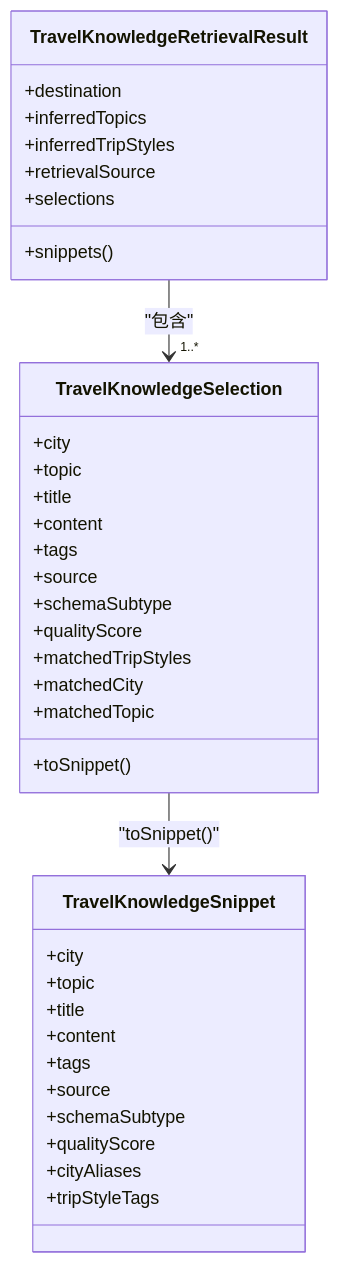
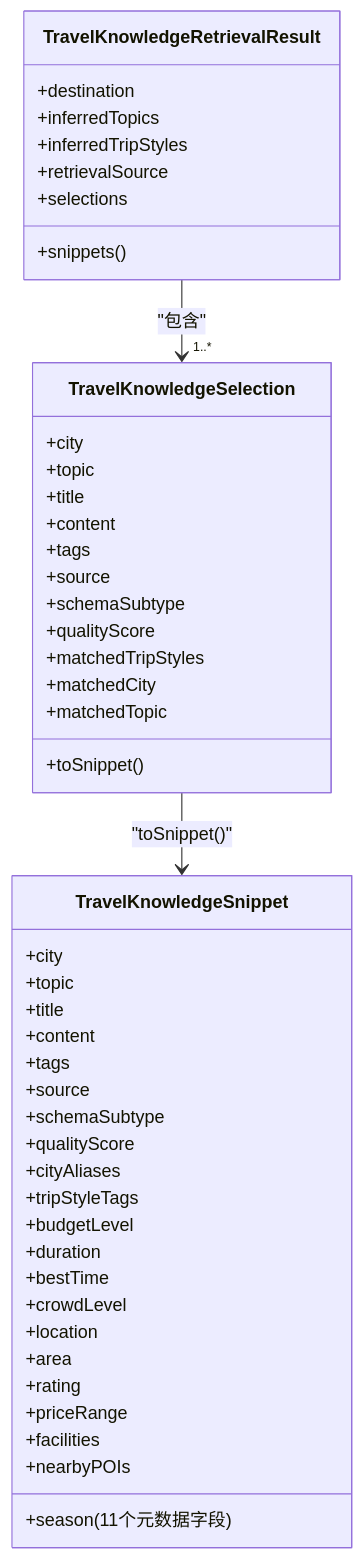
Before and after one commit to Sinlair/TravelAgent: the third of 9 diagrams in .qoder/repowiki/zh/content/知识管理系统/RAG实现细节.md, drawn with Mermaid. The commit also changed other lines of this file and 53 other files, not shown here.

````diff
--- a/.qoder/repowiki/zh/content/知识管理系统/RAG实现细节.md
+++ b/.qoder/repowiki/zh/content/知识管理系统/RAG实现细节.md
@@ -151,39 +185,50 @@
 ```mermaid
 classDiagram
-class TravelKnowledgeRetrievalResult {
-+destination
-+inferredTopics
-+inferredTripStyles
-+retrievalSource
-+selections
-+snippets()
+class TravelKnowledgeSnippet {
++city
++topic
++title
++content
++tags
++source
++schemaSubtype
++qualityScore
++cityAliases
++tripStyleTags
++season(11个元数据字段)
++budgetLevel
++duration
++bestTime
++crowdLevel
++location
++area
++rating
++priceRange
++facilities
++nearbyPOIs
 }
 class TravelKnowledgeSelection {
 +city
 +topic
 +title
 +content
 +tags
 +source
 +schemaSubtype
 +qualityScore
 +matchedTripStyles
 +matchedCity
 +matchedTopic
 +toSnippet()
 }
-class TravelKnowledgeSnippet {
-+city
-+topic
-+title
-+content
-+tags
-+source
-+schemaSubtype
-+qualityScore
-+cityAliases
-+tripStyleTags
+class TravelKnowledgeRetrievalResult {
++destination
++inferredTopics
++inferredTripStyles
++retrievalSource
++selections
++snippets()
 }
 TravelKnowledgeRetrievalResult --> "1..*" TravelKnowledgeSelection : "包含"
 TravelKnowledgeSelection --> TravelKnowledgeSnippet : "toSnippet()"
 ```
````
